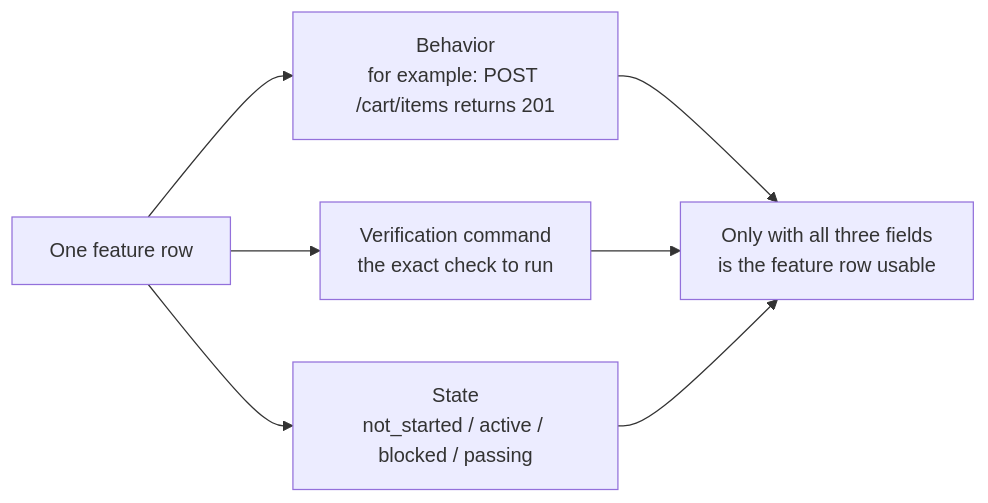
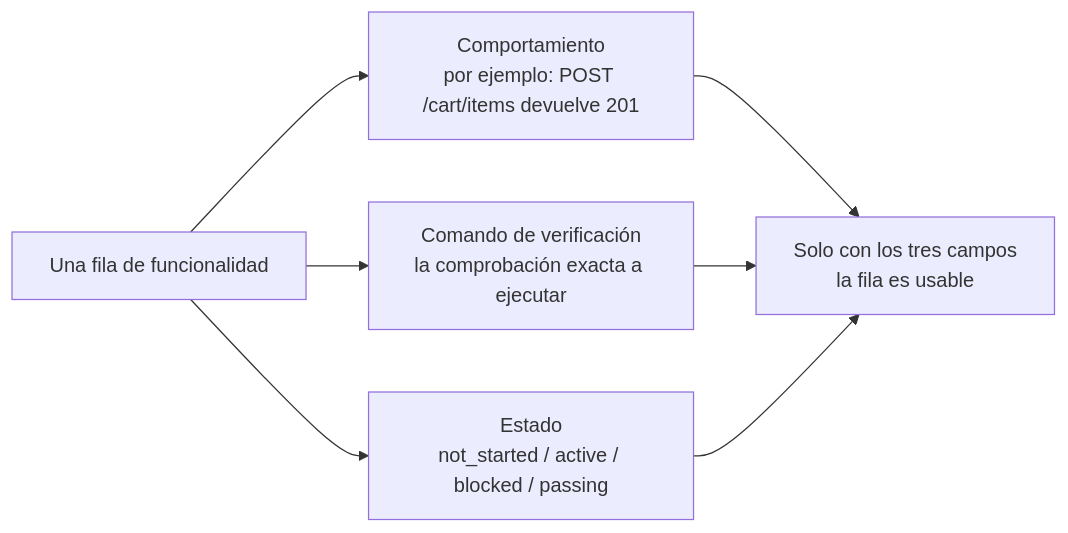
One commit to jordipiella/learn-harness-engineering changed the first of 2 diagrams in docs/es/lectures/lecture-08-why-feature-lists-are-harness-primitives/index.md. Above: the diagram before and after it, drawn with Mermaid. The commit also changed other lines of this file and 108 other files, not shown here.

````diff
--- a/docs/es/lectures/lecture-08-why-feature-lists-are-harness-primitives/index.md
+++ b/docs/es/lectures/lecture-08-why-feature-lists-are-harness-primitives/index.md
@@ -29,10 +30,10 @@
 ```mermaid
 flowchart LR
-    Feature["One feature row"] --> Behavior["Behavior<br/>for example: POST /cart/items returns 201"]
-    Feature --> Check["Verification command<br/>the exact check to run"]
-    Feature --> State["State<br/>not_started / active / blocked / passing"]
+    Feature["Una fila de funcionalidad"] --> Behavior["Comportamiento<br/>por ejemplo: POST /cart/items devuelve 201"]
+    Feature --> Check["Comando de verificación<br/>la comprobación exacta a ejecutar"]
+    Feature --> State["Estado<br/>not_started / active / blocked / passing"]
 
-    Behavior --> Complete["Only with all three fields<br/>is the feature row usable"]
+    Behavior --> Complete["Solo con los tres campos<br/>la fila es usable"]
     Check --> Complete
     State --> Complete
 ```
````
